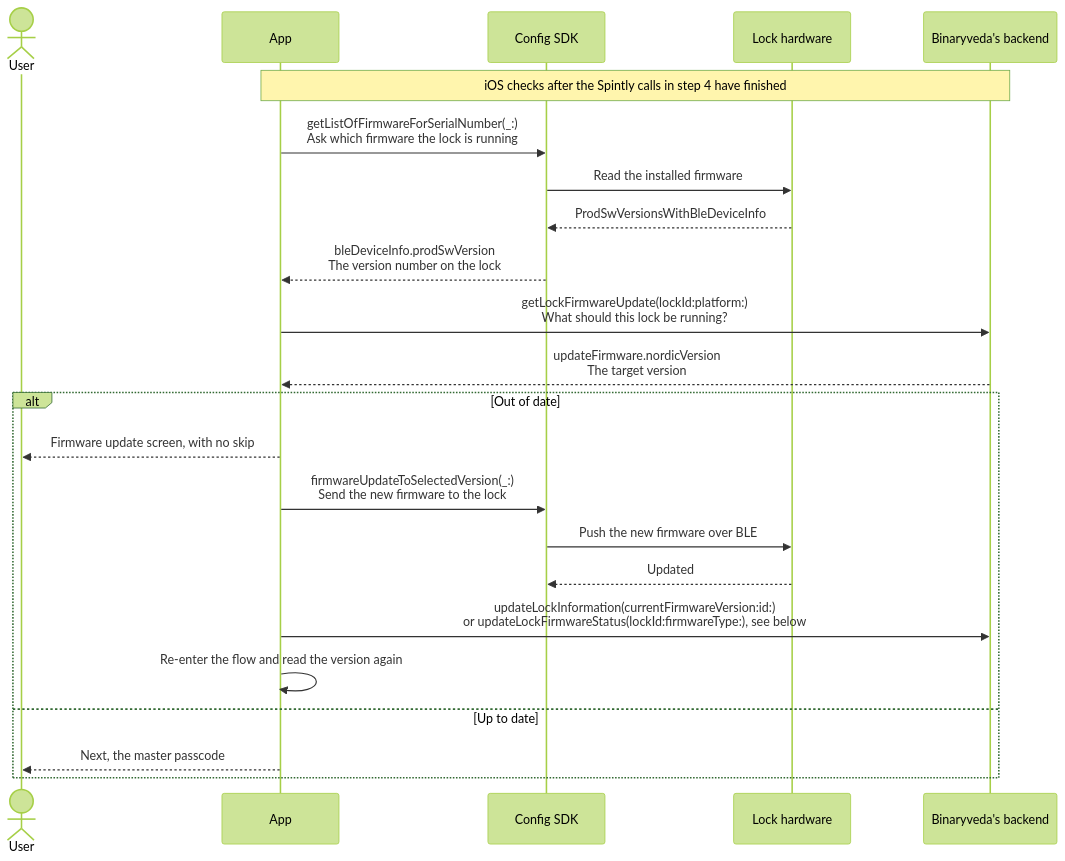
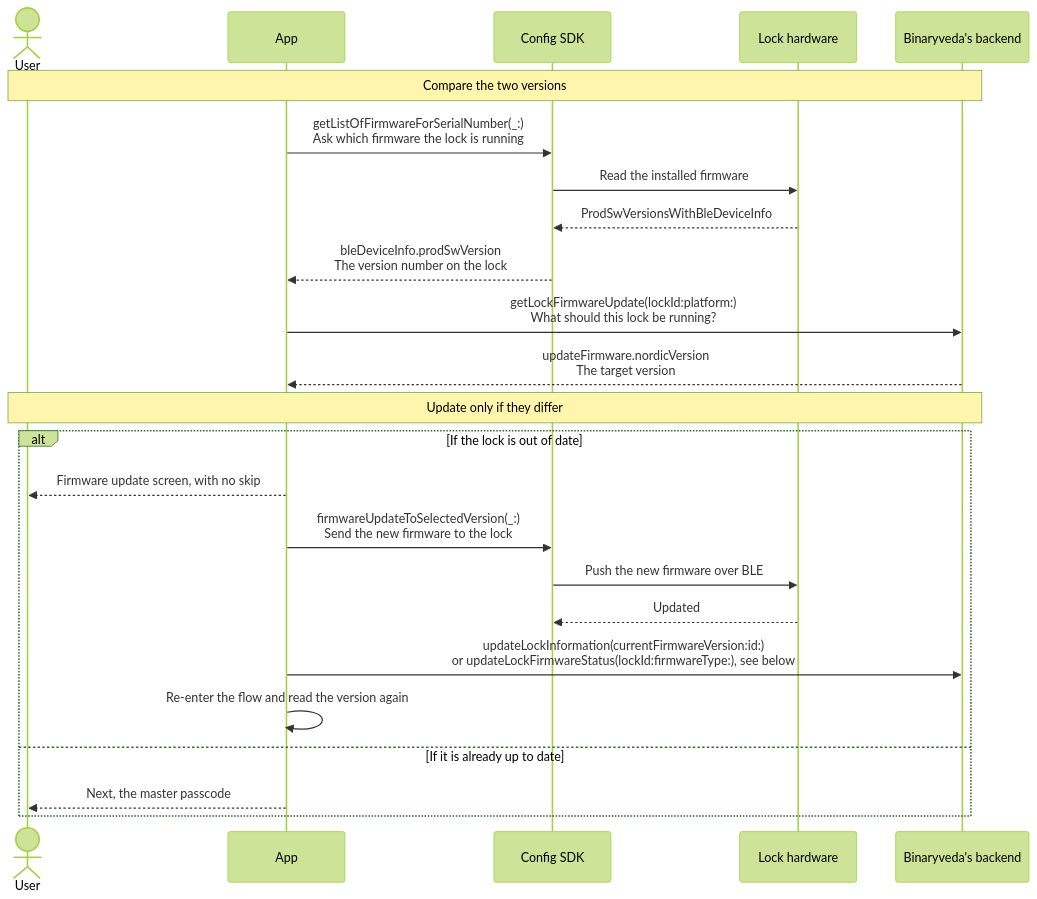
Before and after one commit to Yash-Wadatkar-Binaryveda/sdk-docs-site: the ninth of 16 diagrams in docs/lock-onboarding.md, drawn with Mermaid (forest theme). The commit also changed other lines of this file and 7 other files, not shown here.

````diff
--- a/docs/lock-onboarding.md
+++ b/docs/lock-onboarding.md
@@ -360,26 +403,28 @@
     ```mermaid
     sequenceDiagram
         actor U as User
         participant A as App
         participant C as Config SDK
         participant L as Lock hardware
         participant B as Binaryveda's backend
 
-        Note over A,B: iOS checks after the Spintly calls in step 4 have finished
+        Note over U,B: Compare the two versions
         A->>C: getListOfFirmwareForSerialNumber(_:)<br/>Ask which firmware the lock is running
         C->>L: Read the installed firmware
         L-->>C: ProdSwVersionsWithBleDeviceInfo
         C-->>A: bleDeviceInfo.prodSwVersion<br/>The version number on the lock
         A->>B: getLockFirmwareUpdate(lockId:platform:)<br/>What should this lock be running?
         B-->>A: updateFirmware.nordicVersion<br/>The target version
-        alt Out of date
+
+        Note over U,B: Update only if they differ
+        alt If the lock is out of date
             A-->>U: Firmware update screen, with no skip
             A->>C: firmwareUpdateToSelectedVersion(_:)<br/>Send the new firmware to the lock
             C->>L: Push the new firmware over BLE
             L-->>C: Updated
             A->>B: updateLockInformation(currentFirmwareVersion:id:)<br/>or updateLockFirmwareStatus(lockId:firmwareType:), see below
             A->>A: Re-enter the flow and read the version again
-        else Up to date
+        else If it is already up to date
             A-->>U: Next, the master passcode
         end
     ```
````
